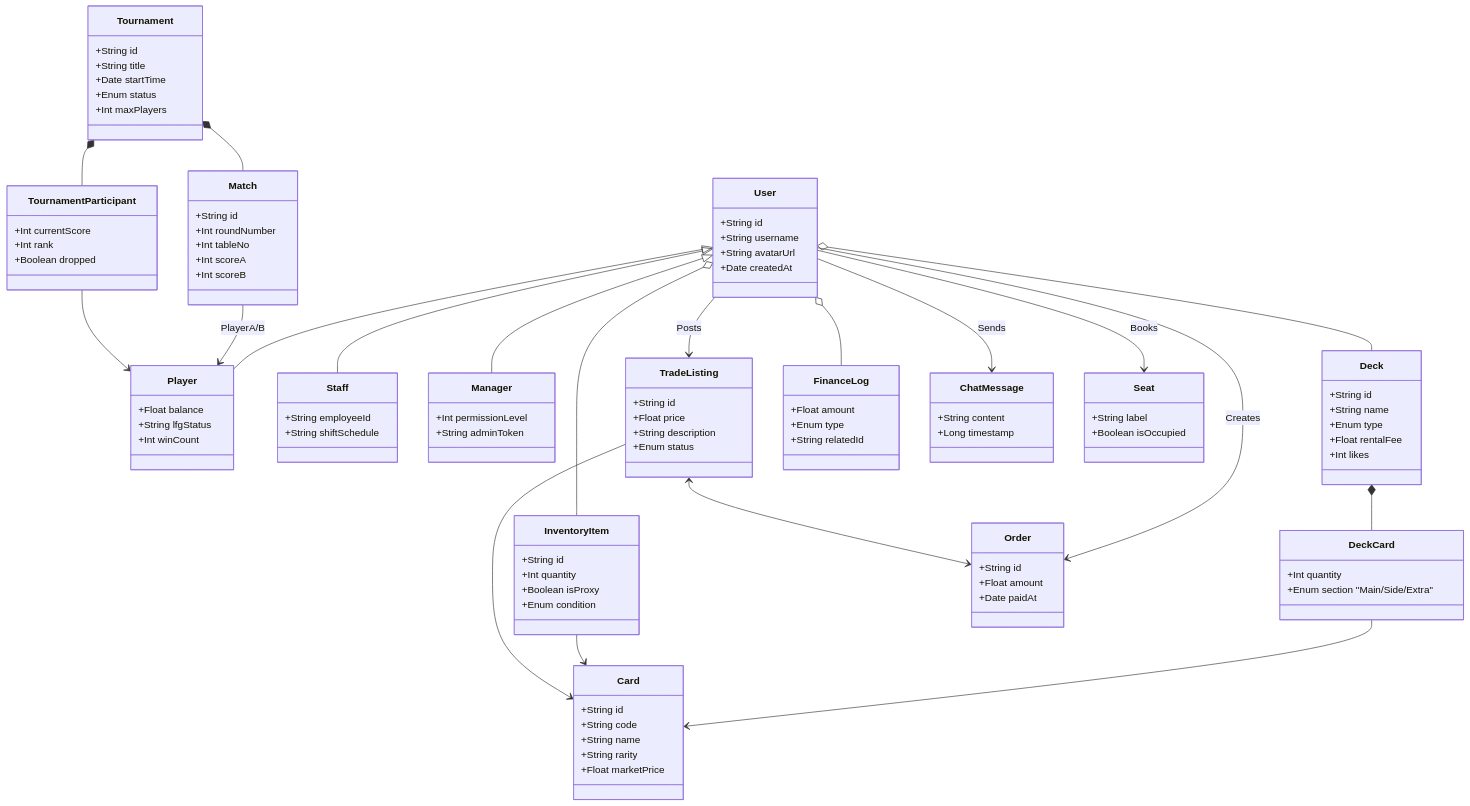
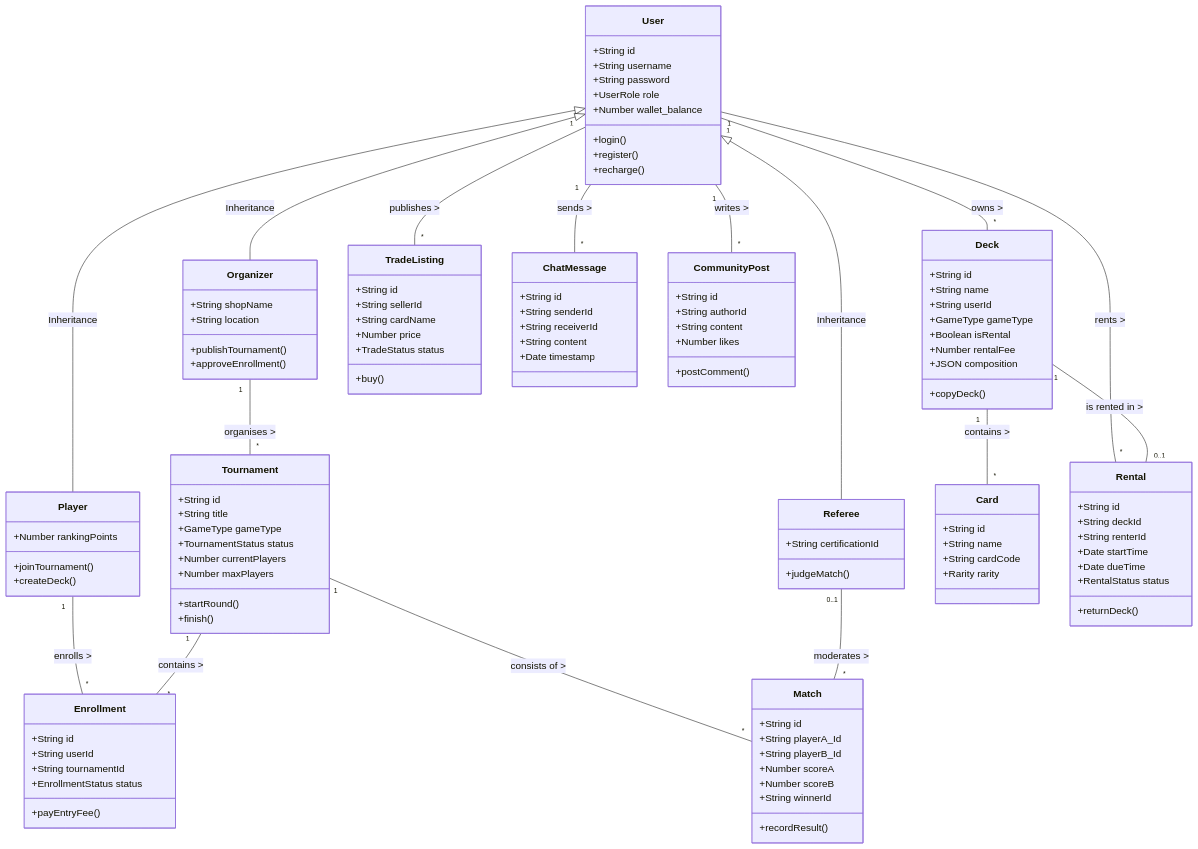
The diagram in document/v2_professional/2_Class_Diagram.md (UniversalBestCoder1/cardArena), drawn with Mermaid before and after one commit. The commit also changed other lines of this file and 28 other files, not shown here.

First line of the commit message:
feat: add referee role, match management, and enhanced seed data

````diff
--- a/document/v2_professional/2_Class_Diagram.md
+++ b/document/v2_professional/2_Class_Diagram.md
@@ -12,133 +1,136 @@
 ```mermaid
 classDiagram
-    %% --- 用户与角色 ---
+    %% --- 1. 用户模块 ---
     class User {
         +String id
         +String username
-        +String avatarUrl
-        +Date createdAt
+        +String password
+        +UserRole role
+        +Number wallet_balance
+        +login()
+        +register()
+        +recharge()
+    }
+
+    class Organizer {
+        +String shopName
+        +String location
+        +publishTournament()
+        +approveEnrollment()
+    }
+
+    class Player {
+        +Number rankingPoints
+        +joinTournament()
+        +createDeck()
     }
     
-    class Player {
-        +Float balance
-        +String lfgStatus
-        +Int winCount
+    class Referee {
+        +String certificationId
+        +judgeMatch()
     }
 
-    class Staff {
-        +String employeeId
-        +String shiftSchedule
-    }
+    User <|-- Organizer : Inheritance
+    User <|-- Player : Inheritance
+    User <|-- Referee : Inheritance
 
-    class Manager {
-        +Int permissionLevel
-        +String adminToken
-    }
-
-    User <|-- Player
-    User <|-- Staff
-    User <|-- Manager
-
-    %% --- 资产管理 ---
-    class Card {
-        +String id
-        +String code
-        +String name
-        +String rarity
-        +Float marketPrice
-    }
-
-    class InventoryItem {
-        +String id
-        +Int quantity
-        +Boolean isProxy
-        +Enum condition
-    }
-
-    class Deck {
-        +String id
-        +String name
-        +Enum type
-        +Float rentalFee
-        +Int likes
-    }
-
-    class DeckCard {
-        +Int quantity
-        +Enum section "Main/Side/Extra"
-    }
-
-    User o-- InventoryItem
-    User o-- Deck
-    Deck *-- DeckCard
-    DeckCard --> Card
-    InventoryItem --> Card
-
-    %% --- 赛事系统 ---
+    %% --- 2. 赛事模块 ---
     class Tournament {
         +String id
         +String title
-        +Date startTime
-        +Enum status
-        +Int maxPlayers
+        +GameType gameType
+        +TournamentStatus status
+        +Number currentPlayers
+        +Number maxPlayers
+        +startRound()
+        +finish()
     }
 
-    class TournamentParticipant {
-        +Int currentScore
-        +Int rank
-        +Boolean dropped
+    class Enrollment {
+        +String id
+        +String userId
+        +String tournamentId
+        +EnrollmentStatus status
+        +payEntryFee()
     }
 
     class Match {
         +String id
-        +Int roundNumber
-        +Int tableNo
-        +Int scoreA
-        +Int scoreB
+        +String playerA_Id
+        +String playerB_Id
+        +Number scoreA
+        +Number scoreB
+        +String winnerId
+        +recordResult()
     }
 
-    Tournament *-- TournamentParticipant
-    Tournament *-- Match
-    Match --> Player : PlayerA/B
-    TournamentParticipant --> Player
+    Organizer "1" -- "*" Tournament : organises >
+    Player "1" -- "*" Enrollment : enrolls >
+    Tournament "1" -- "*" Enrollment : contains >
+    Tournament "1" -- "*" Match : consists of >
+    Referee "0..1" -- "*" Match : moderates >
 
-    %% --- 交易与财务 ---
+    %% --- 3. 卡组与资产模块 ---
+    class Deck {
+        +String id
+        +String name
+        +String userId
+        +GameType gameType
+        +Boolean isRental
+        +Number rentalFee
+        +JSON composition
+        +copyDeck()
+    }
+
+    class Card {
+        +String id
+        +String name
+        +String cardCode
+        +Rarity rarity
+    }
+
+    class Rental {
+        +String id
+        +String deckId
+        +String renterId
+        +Date startTime
+        +Date dueTime
+        +RentalStatus status
+        +returnDeck()
+    }
+
+    User "1" -- "*" Deck : owns >
+    Deck "1" -- "*" Card : contains >
+    User "1" -- "*" Rental : rents >
+    Deck "1" -- "0..1" Rental : is rented in >
+
+    %% --- 4. 社交与交易模块 ---
     class TradeListing {
         +String id
-        +Float price
-        +String description
-        +Enum status
+        +String sellerId
+        +String cardName
+        +Number price
+        +TradeStatus status
+        +buy()
     }
 
-    class Order {
+    class ChatMessage {
         +String id
-        +Float amount
-        +Date paidAt
+        +String senderId
+        +String receiverId
+        +String content
+        +Date timestamp
+    }
+    
+    class CommunityPost {
+        +String id
+        +String authorId
+        +String content
+        +Number likes
+        +postComment()
     }
 
-    class FinanceLog {
-        +Float amount
-        +Enum type
-        +String relatedId
-    }
-
-    User o-- FinanceLog
-    User --> TradeListing : Posts
-    User --> Order : Creates
-    TradeListing <--> Order
-    TradeListing --> Card
-
-    %% --- 辅助功能 ---
-    class ChatMessage {
-        +String content
-        +Long timestamp
-    }
-
-    class Seat {
-        +String label
-        +Boolean isOccupied
-    }
-
-    User --> ChatMessage : Sends
-    User --> Seat : Books
+    User "1" -- "*" TradeListing : publishes >
+    User "1" -- "*" ChatMessage : sends >
+    User "1" -- "*" CommunityPost : writes >
 ```
````
